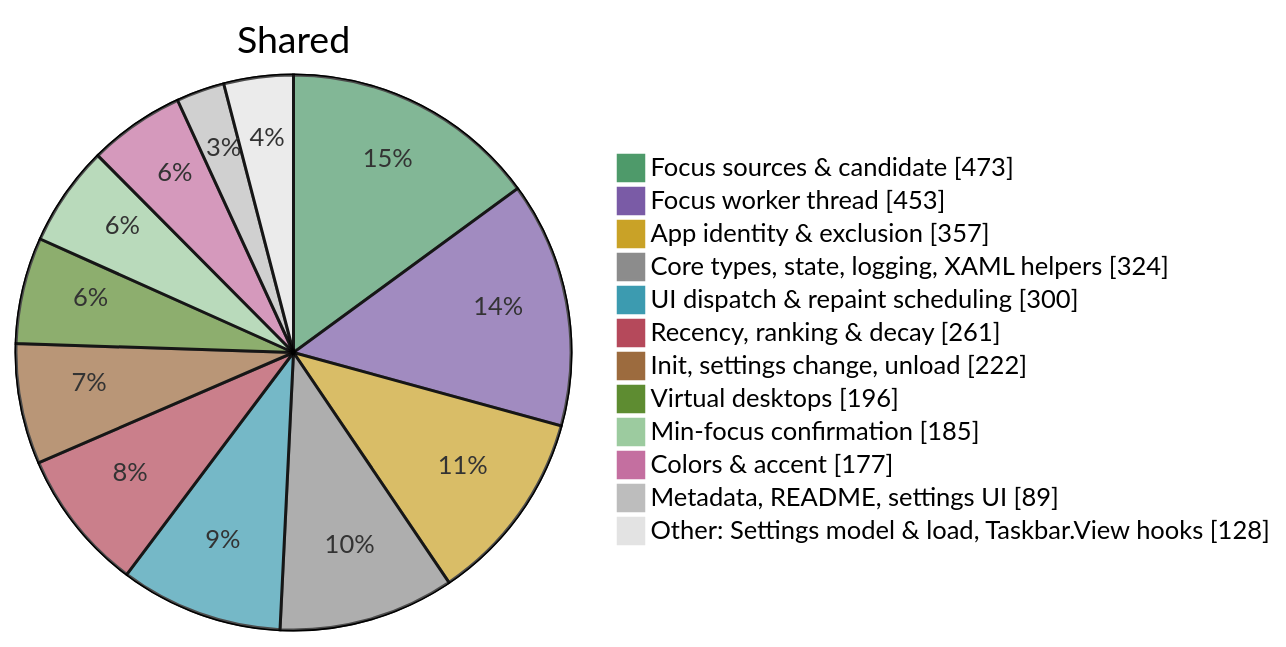
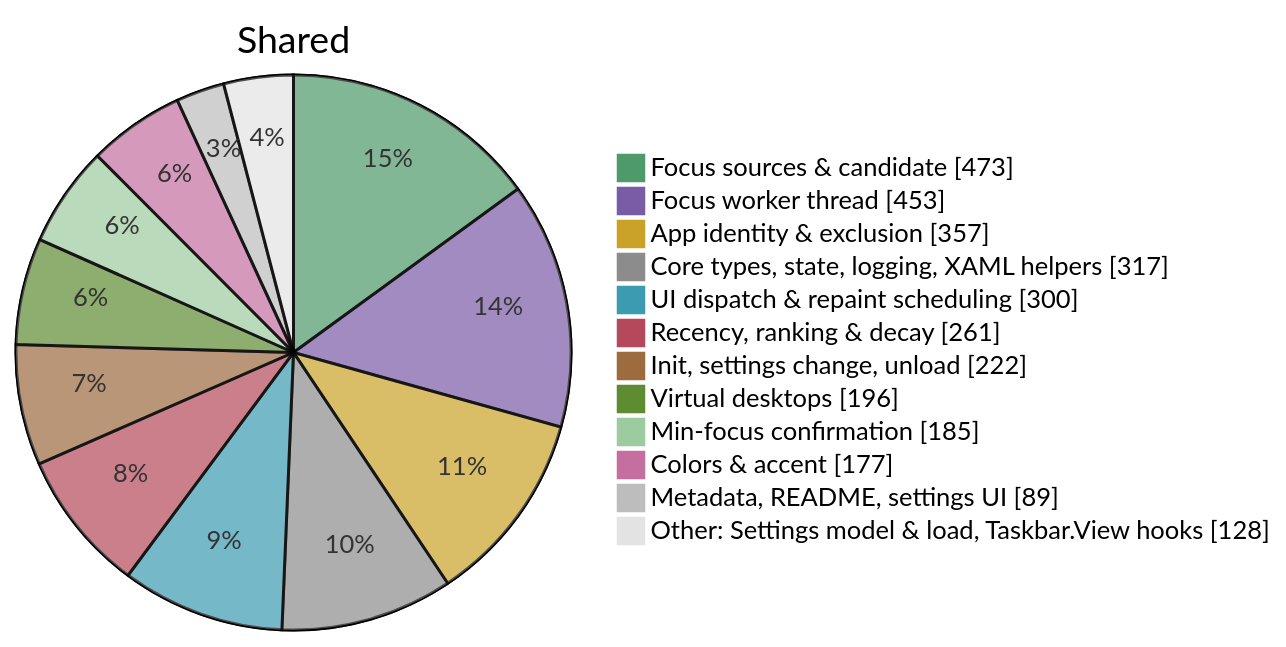
One commit to jvlasek/taskbar-recent-focus-highlight changed the fourth of 5 diagrams in doc/code/code-breakdown.md. Above: the diagram before and after it, drawn with Mermaid. The commit also changed other lines of this file and 8 other files, not shown here.

````diff
--- a/doc/code/code-breakdown.md
+++ b/doc/code/code-breakdown.md
@@ -134,16 +134,16 @@
 ```mermaid
 %%{init: {"themeVariables": {"pie1": "#4E9A6A", "pie2": "#7A5BA6", "pie3": "#C9A227", "pie4": "#8C8C8C", "pie5": "#3C9BB0", "pie6": "#B5495B", "pie7": "#9C6B3E", "pie8": "#5E8C31", "pie9": "#9CCB9F", "pie10": "#C46FA0", "pie11": "#BDBDBD", "pie12": "#E3E3E3", "pieOuterStrokeWidth": "1px"}}}%%
 pie showData title Shared
     "Focus sources & candidate" : 473
     "Focus worker thread" : 453
     "App identity & exclusion" : 357
-    "Core types, state, logging, XAML helpers" : 324
+    "Core types, state, logging, XAML helpers" : 317
     "UI dispatch & repaint scheduling" : 300
     "Recency, ranking & decay" : 261
     "Init, settings change, unload" : 222
     "Virtual desktops" : 196
     "Min-focus confirmation" : 185
     "Colors & accent" : 177
     "Metadata, README, settings UI" : 89
     "Other: Settings model & load, Taskbar.View hooks" : 128
 ```
````
